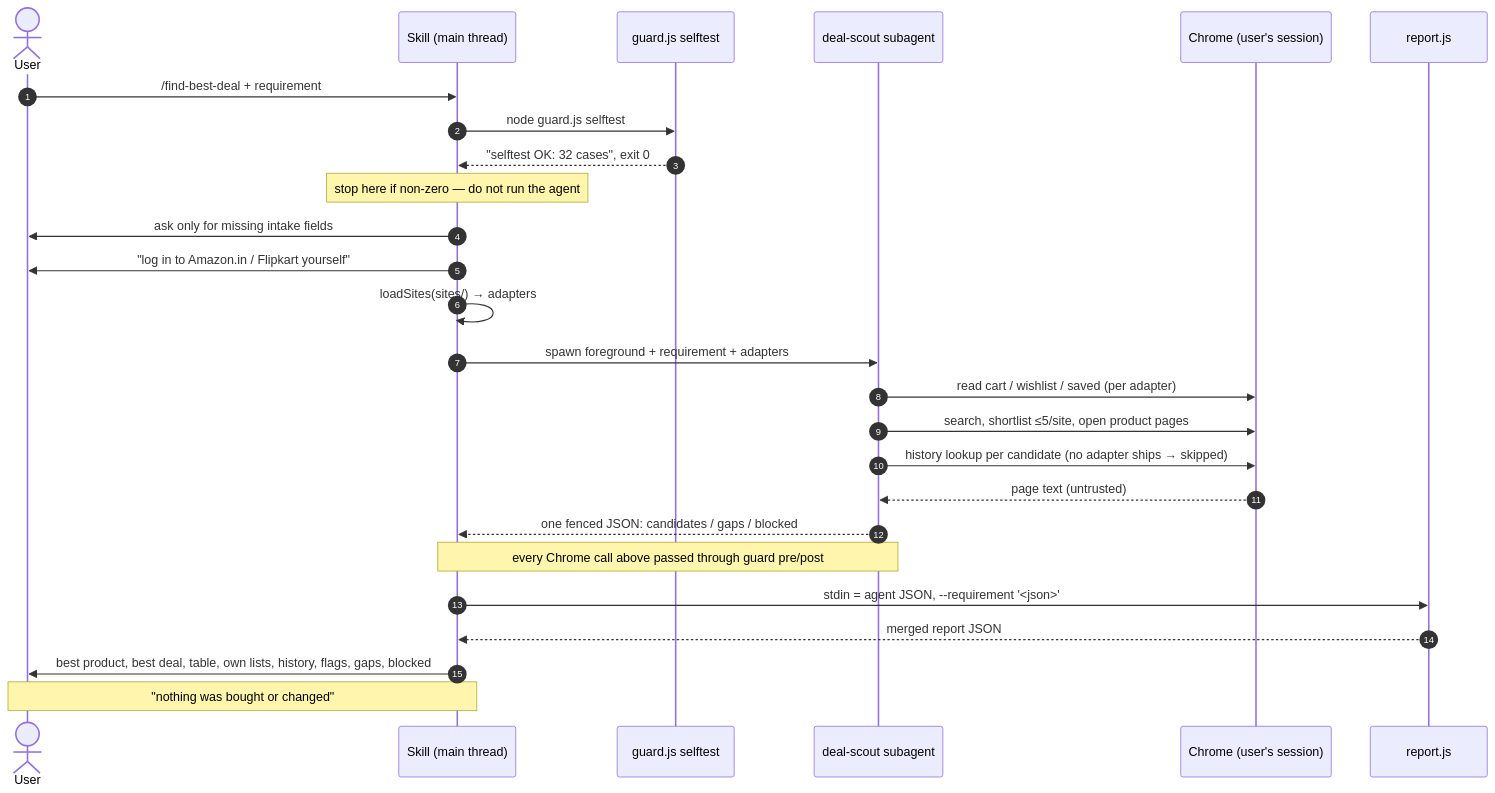
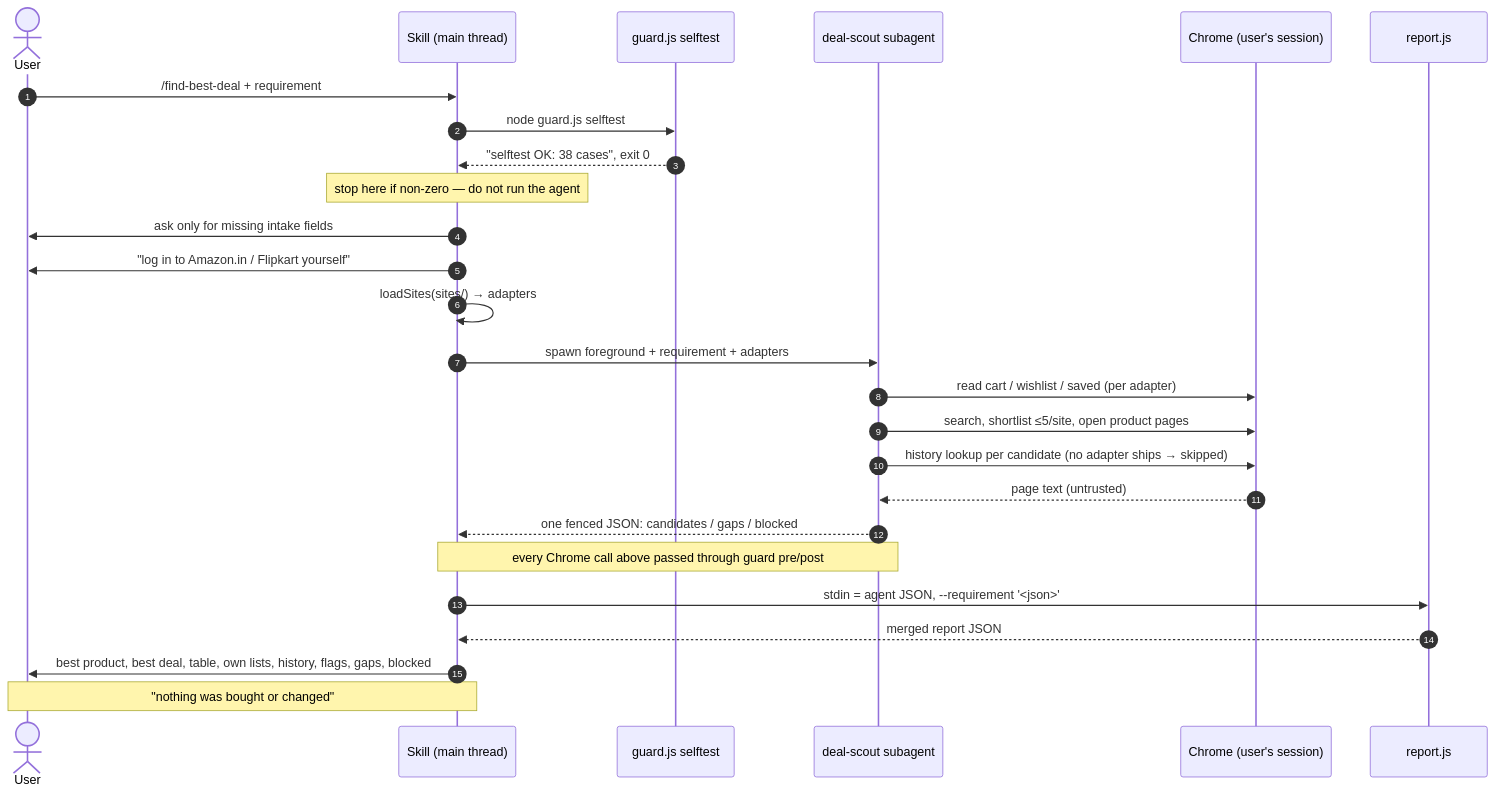
The first of 6 diagrams in docs/context/workflows.md (abhisheksarkar30/claude-deal-scout), drawn with Mermaid before and after one commit. The commit also changed other lines of this file and 11 other files, not shown here.

````diff
--- a/docs/context/workflows.md
+++ b/docs/context/workflows.md
@@ -14,29 +14,29 @@
 ```mermaid
 sequenceDiagram
   autonumber
   actor U as User
   participant S as Skill (main thread)
   participant G as guard.js selftest
   participant A as deal-scout subagent
   participant C as Chrome (user's session)
   participant R as report.js
 
   U->>S: /find-best-deal + requirement
   S->>G: node guard.js selftest
-  G-->>S: "selftest OK: 32 cases", exit 0
+  G-->>S: "selftest OK: 38 cases", exit 0
   Note over S: stop here if non-zero — do not run the agent
   S->>U: ask only for missing intake fields
   S->>U: "log in to Amazon.in / Flipkart yourself"
   S->>S: loadSites(sites/) → adapters
   S->>A: spawn foreground + requirement + adapters
   A->>C: read cart / wishlist / saved (per adapter)
   A->>C: search, shortlist ≤5/site, open product pages
   A->>C: history lookup per candidate (no adapter ships → skipped)
   C-->>A: page text (untrusted)
   A-->>S: one fenced JSON: candidates / gaps / blocked
   Note over S,A: every Chrome call above passed through guard pre/post
   S->>R: stdin = agent JSON, --requirement '<json>'
   R-->>S: merged report JSON
   S->>U: best product, best deal, table, own lists, history, flags, gaps, blocked
   Note over S,U: "nothing was bought or changed"
 ```
````
